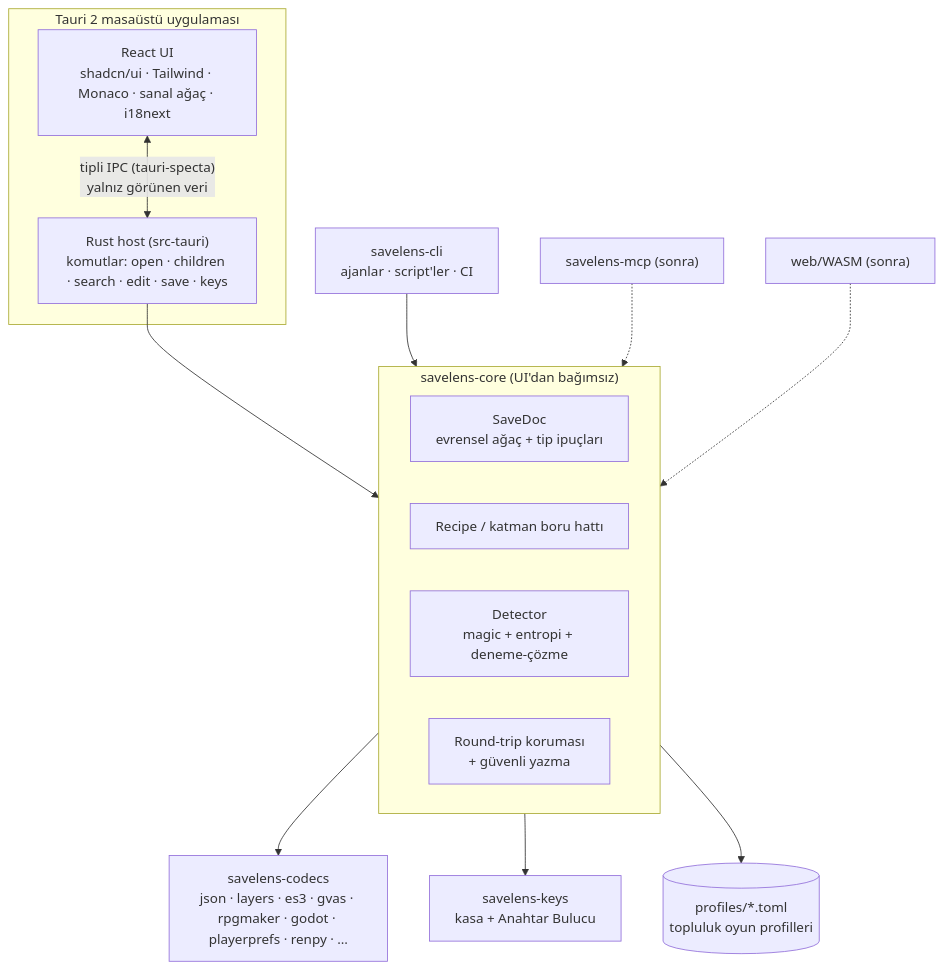
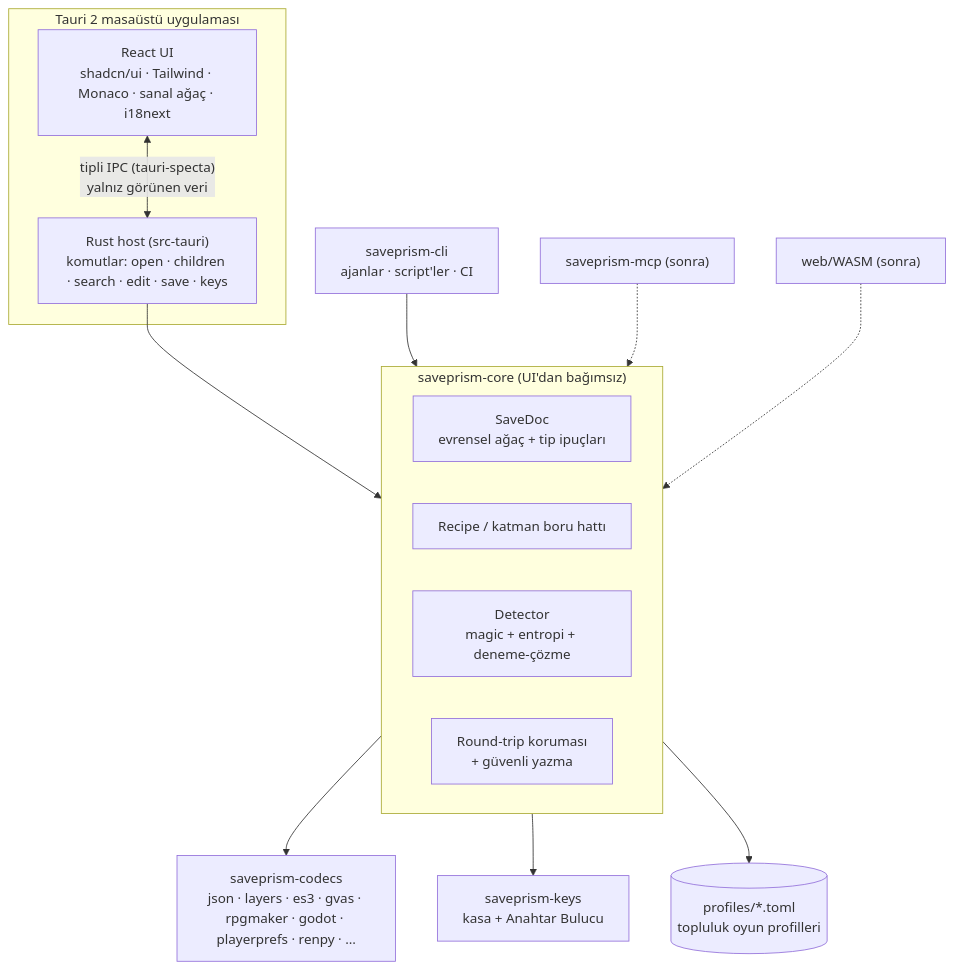
The diagram in docs/architecture/MIMARI.md (EfeHasNoLuck/saveprism), drawn with Mermaid before and after one commit. The commit also changed other lines of this file and 17 other files, not shown here.

````diff
--- a/docs/architecture/MIMARI.md
+++ b/docs/architecture/MIMARI.md
@@ -37,27 +37,27 @@
 ```mermaid
 flowchart TB
   subgraph App["Tauri 2 masaüstü uygulaması"]
     UI["React UI<br/>shadcn/ui · Tailwind · Monaco · sanal ağaç · i18next"]
     Host["Rust host (src-tauri)<br/>komutlar: open · children · search · edit · save · keys"]
     UI <-->|"tipli IPC (tauri-specta)<br/>yalnız görünen veri"| Host
   end
-  subgraph Core["savelens-core (UI'dan bağımsız)"]
+  subgraph Core["saveprism-core (UI'dan bağımsız)"]
     Doc["SaveDoc<br/>evrensel ağaç + tip ipuçları"]
     Pipe["Recipe / katman boru hattı"]
     Det["Detector<br/>magic + entropi + deneme-çözme"]
     Guard["Round-trip koruması<br/>+ güvenli yazma"]
   end
-  Codecs["savelens-codecs<br/>json · layers · es3 · gvas · rpgmaker · godot · playerprefs · renpy · …"]
-  Keys["savelens-keys<br/>kasa + Anahtar Bulucu"]
-  CLI["savelens-cli<br/>ajanlar · script'ler · CI"]
-  MCP["savelens-mcp (sonra)"]
+  Codecs["saveprism-codecs<br/>json · layers · es3 · gvas · rpgmaker · godot · playerprefs · renpy · …"]
+  Keys["saveprism-keys<br/>kasa + Anahtar Bulucu"]
+  CLI["saveprism-cli<br/>ajanlar · script'ler · CI"]
+  MCP["saveprism-mcp (sonra)"]
   WASM["web/WASM (sonra)"]
   Profiles[("profiles/*.toml<br/>topluluk oyun profilleri")]
   Host --> Core
   CLI --> Core
   MCP -.-> Core
   WASM -.-> Core
   Core --> Codecs
   Core --> Keys
   Core --> Profiles
 ```
````
